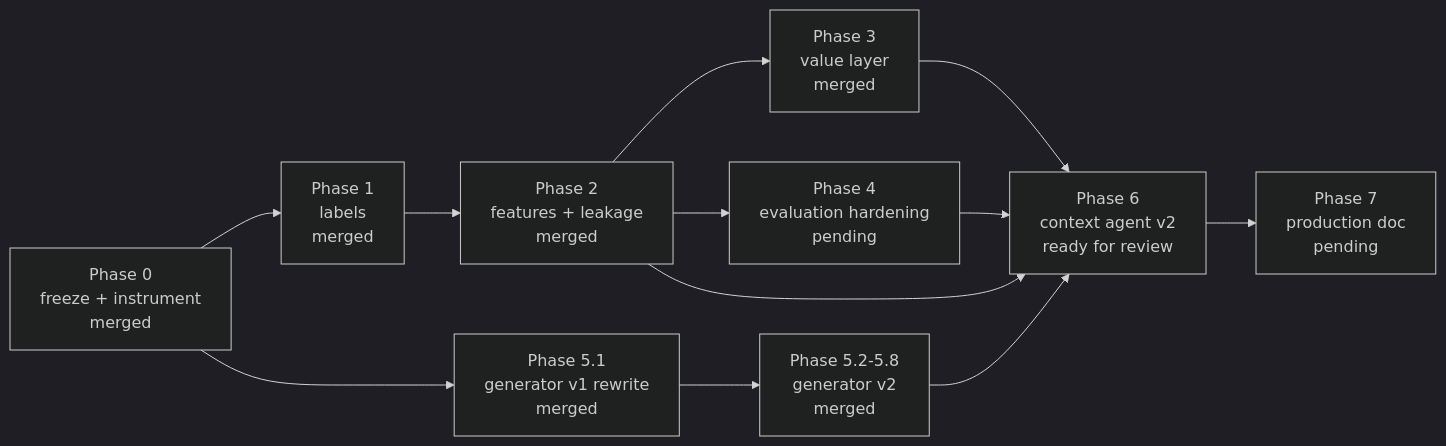
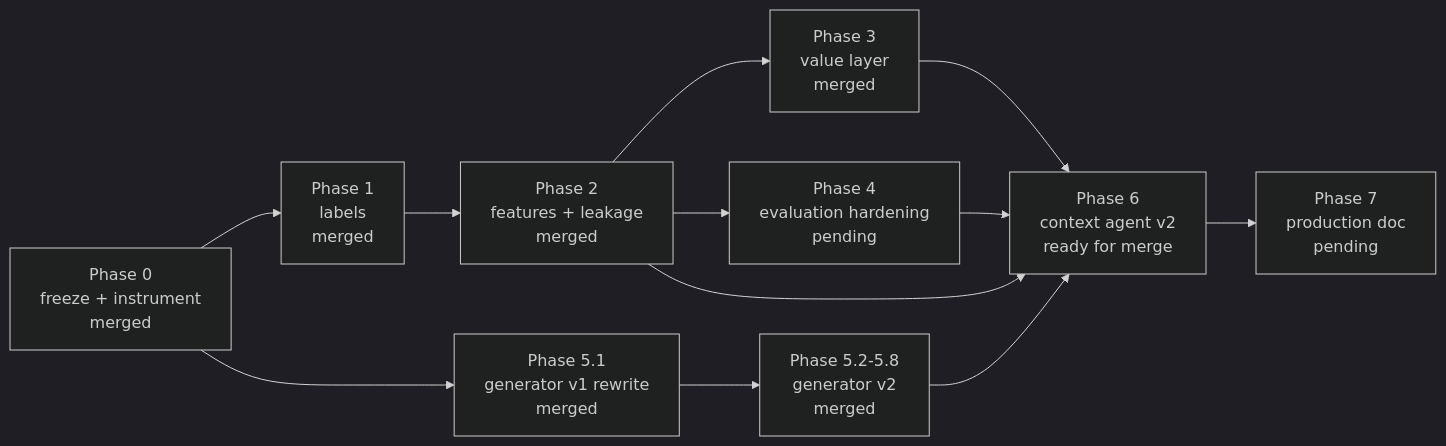
One commit to dsj-emva/learning-modal changed the third of 4 diagrams in docs/ARCHITECTURE.md. Above: the diagram before and after it, drawn with Mermaid (dark theme). The commit also changed other lines of this file and 8 other files, not shown here.

First line of the commit message:
Phase 6 report and docs after review: caveat next to PASS, false positives, deviations; status ready for merge

````diff
--- a/docs/ARCHITECTURE.md
+++ b/docs/ARCHITECTURE.md
@@ -156,14 +156,14 @@
 ```mermaid
 flowchart LR
     P0["Phase 0<br/>freeze + instrument<br/>merged"] --> P1["Phase 1<br/>labels<br/>merged"]
     P1 --> P2["Phase 2<br/>features + leakage<br/>merged"]
     P2 --> P3["Phase 3<br/>value layer<br/>merged"]
     P2 --> P4["Phase 4<br/>evaluation hardening<br/>pending"]
     P0 --> P51["Phase 5.1<br/>generator v1 rewrite<br/>merged"]
     P51 --> P5["Phase 5.2-5.8<br/>generator v2<br/>merged"]
-    P3 --> P6["Phase 6<br/>context agent v2<br/>ready for review"]
+    P3 --> P6["Phase 6<br/>context agent v2<br/>ready for merge"]
     P4 --> P6
     P5 --> P6
     P2 --> P6
     P6 --> P7["Phase 7<br/>production doc<br/>pending"]
 ```
````
